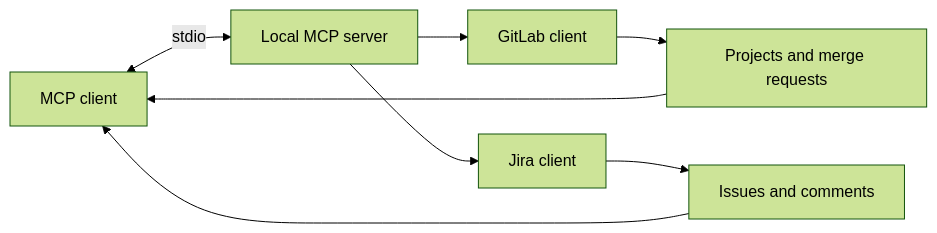
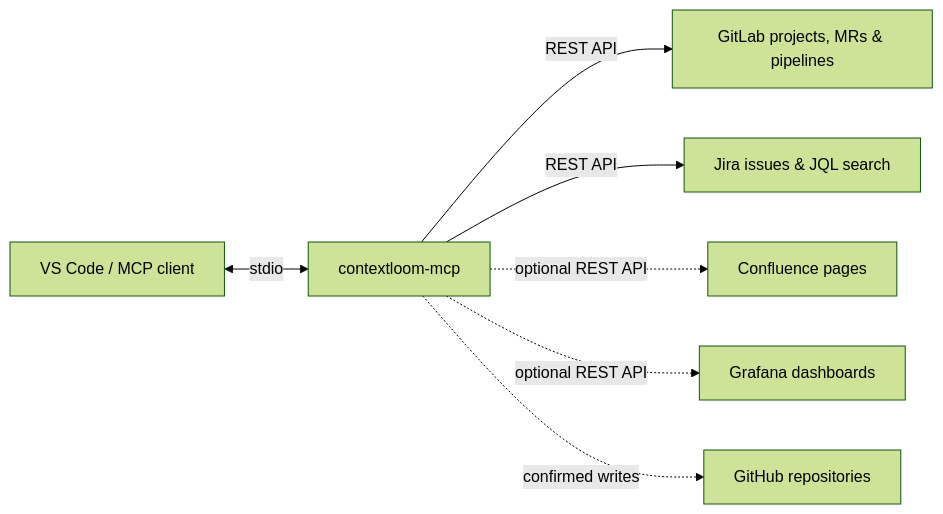
Before and after one commit to jagarkarlo/karlo-jagar-portfolio: the diagram in src/content/projects/gitlab-jira-context-mcp.md, drawn with Mermaid (forest theme). The commit also changed other lines of this file and 10 other files, not shown here.

Commit message:
Sync public GitHub repositories and architecture diagrams across work entries

````diff
--- a/src/content/projects/gitlab-jira-context-mcp.md
+++ b/src/content/projects/gitlab-jira-context-mcp.md
@@ -20,10 +23,9 @@
 ```mermaid
 flowchart LR
-  C["MCP client"] <-->|"stdio"| S["Local MCP server"]
-  S --> G["GitLab client"]
-  S --> J["Jira client"]
-  G --> GP["Projects and merge requests"]
-  J --> JP["Issues and comments"]
-  GP --> C
-  JP --> C
+  C["VS Code / MCP client"] <-->|"stdio"| S["contextloom-mcp"]
+  S -->|"REST API"| G["GitLab projects, MRs & pipelines"]
+  S -->|"REST API"| J["Jira issues & JQL search"]
+  S -.->|"optional REST API"| CF["Confluence pages"]
+  S -.->|"optional REST API"| GF["Grafana dashboards"]
+  S -.->|"confirmed writes"| GH["GitHub repositories"]
 ```
````
